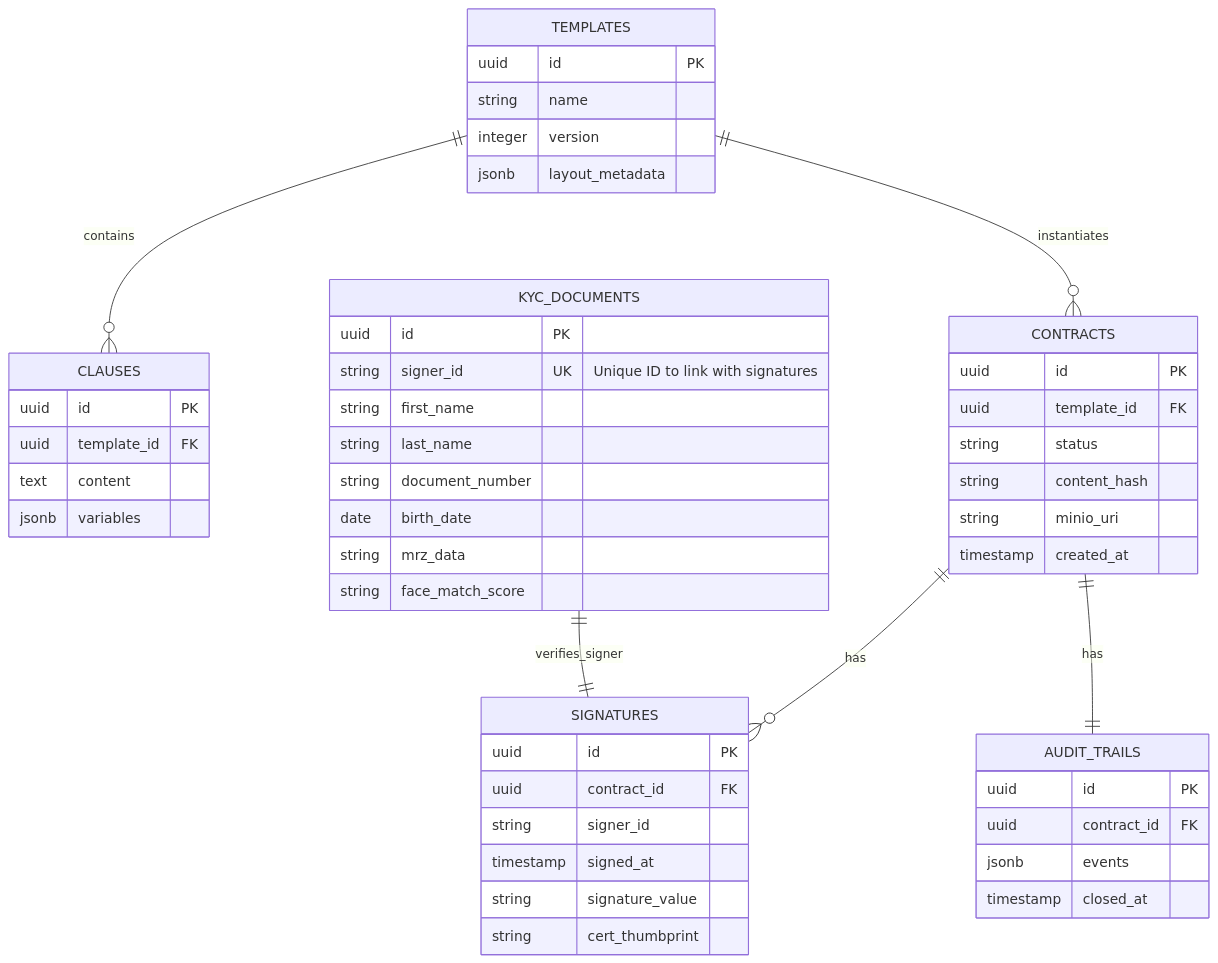
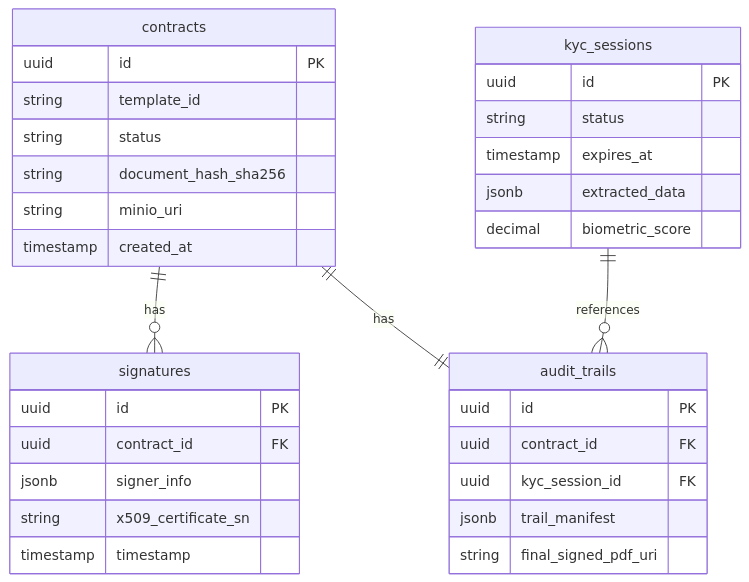
Before and after one commit to Joselu2099/aegis-sign: the diagram in context/database.md, drawn with Mermaid. The commit also changed other lines of this file and 7 other files, not shown here.

````diff
--- a/context/database.md
+++ b/context/database.md
@@ -9,58 +9,39 @@
 ```mermaid
 erDiagram
-    TEMPLATES ||--o{ CLAUSES : "contains"
-    TEMPLATES ||--o{ CONTRACTS : "instantiates"
-    CONTRACTS ||--o{ SIGNATURES : "has"
-    CONTRACTS ||--|| AUDIT_TRAILS : "has"
-    KYC_DOCUMENTS ||--|| SIGNATURES : "verifies_signer"
+    contracts ||--o{ signatures : "has"
+    contracts ||--|| audit_trails : "has"
+    kyc_sessions ||--o{ audit_trails : "references"
     
-    TEMPLATES {
+    kyc_sessions {
         uuid id PK
-        string name
-        integer version
-        jsonb layout_metadata
+        string status
+        timestamp expires_at
+        jsonb extracted_data
+        decimal biometric_score
     }
 
-    CLAUSES {
+    contracts {
         uuid id PK
-        uuid template_id FK
-        text content
-        jsonb variables
-    }
-
-    CONTRACTS {
-        uuid id PK
-        uuid template_id FK
+        string template_id
         string status
-        string content_hash
+        string document_hash_sha256
         string minio_uri
         timestamp created_at
     }
     
-    SIGNATURES {
+    signatures {
         uuid id PK
         uuid contract_id FK
-        string signer_id
-        timestamp signed_at
-        string signature_value
-        string cert_thumbprint
+        jsonb signer_info
+        string x509_certificate_sn
+        timestamp timestamp
     }
     
-    AUDIT_TRAILS {
+    audit_trails {
         uuid id PK
         uuid contract_id FK
-        jsonb events
-        timestamp closed_at
-    }
-
-    KYC_DOCUMENTS {
-        uuid id PK
-        string signer_id UK "Unique ID to link with signatures"
-        string first_name
-        string last_name
-        string document_number
-        date birth_date
-        string mrz_data
-        string face_match_score
+        uuid kyc_session_id FK
+        jsonb trail_manifest
+        string final_signed_pdf_uri
     }
 ```
````
